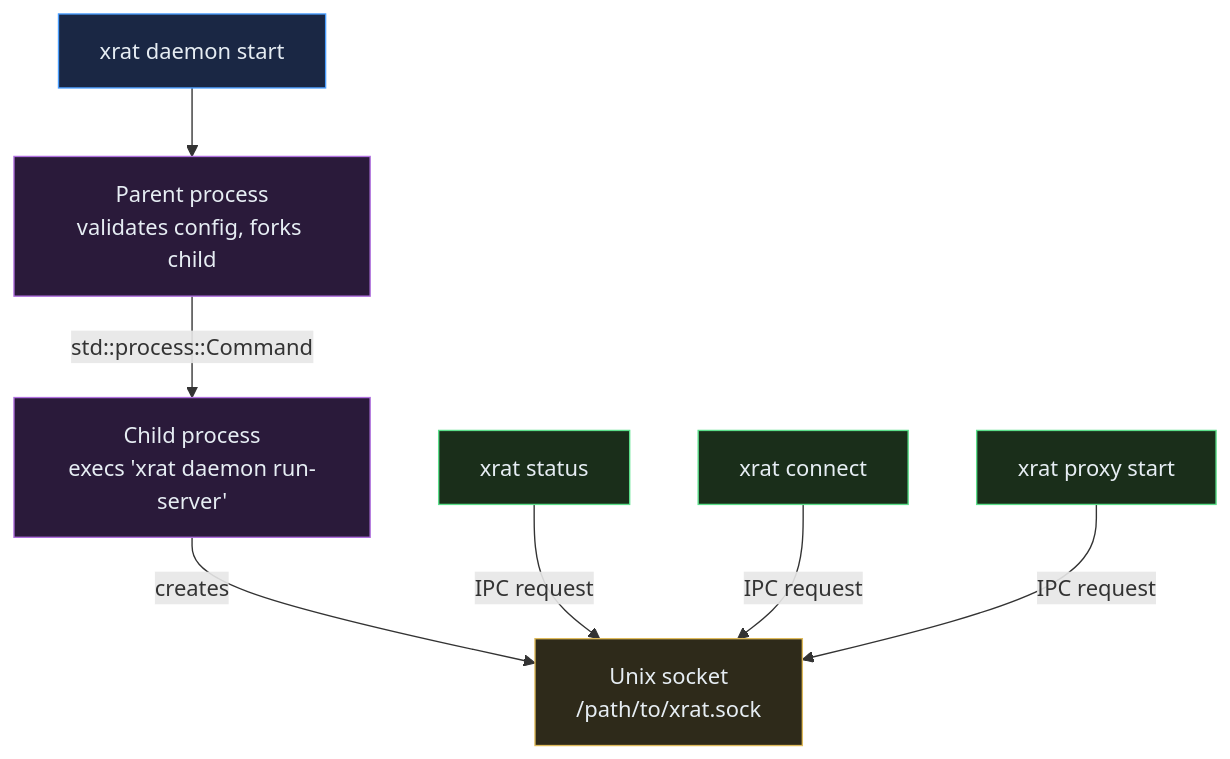
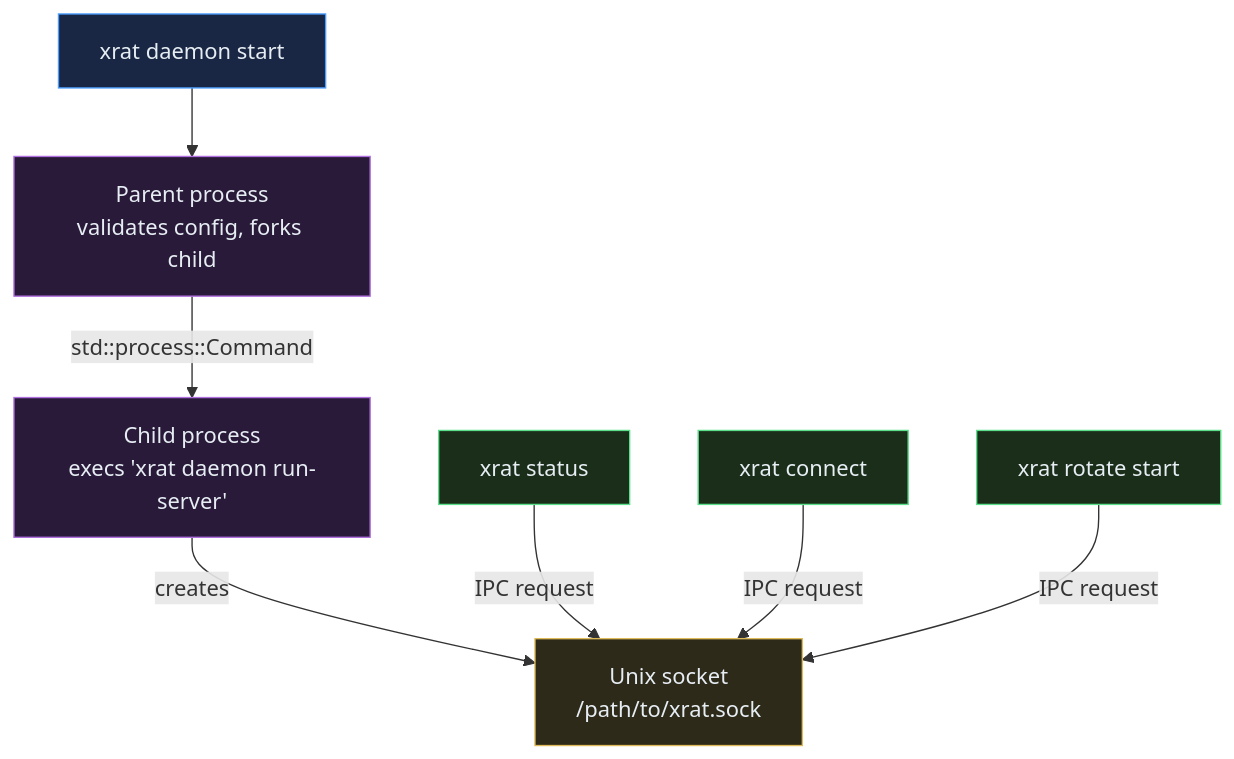
The first of 7 diagrams in docs/src/06-architecture/daemon-architecture.md (mhyrzt/xrat), drawn with Mermaid before and after one commit. The commit also changed 27 other files, not shown here.

First line of the commit message:
feat(proxy): add rotate command and proxy endpoint/shell/desktop helpers

````diff
--- a/docs/src/06-architecture/daemon-architecture.md
+++ b/docs/src/06-architecture/daemon-architecture.md
@@ -8,22 +8,22 @@
 ```mermaid
 graph TB
     classDef cli    fill:#1a2744,stroke:#4a9eff,color:#e6edf3
     classDef proc   fill:#2a1a3a,stroke:#b070df,color:#e6edf3
     classDef client fill:#1a2e1a,stroke:#5bdf8a,color:#e6edf3
     classDef sock   fill:#2e2a1a,stroke:#dfba5b,color:#e6edf3
 
     CLI["xrat daemon start"]:::cli
     PARENT["Parent process<br/>validates config, forks child"]:::proc
     CHILD["Child process<br/>execs 'xrat daemon run-server'"]:::proc
     SOCK["Unix socket<br/>/path/to/xrat.sock"]:::sock
     CLIENT1["xrat status"]:::client
     CLIENT2["xrat connect"]:::client
-    CLIENT3["xrat proxy start"]:::client
+    CLIENT3["xrat rotate start"]:::client
 
     CLI --> PARENT
     PARENT -- "std::process::Command" --> CHILD
     CHILD -- "creates" --> SOCK
     CLIENT1 -- "IPC request" --> SOCK
     CLIENT2 -- "IPC request" --> SOCK
     CLIENT3 -- "IPC request" --> SOCK
 ```
````
